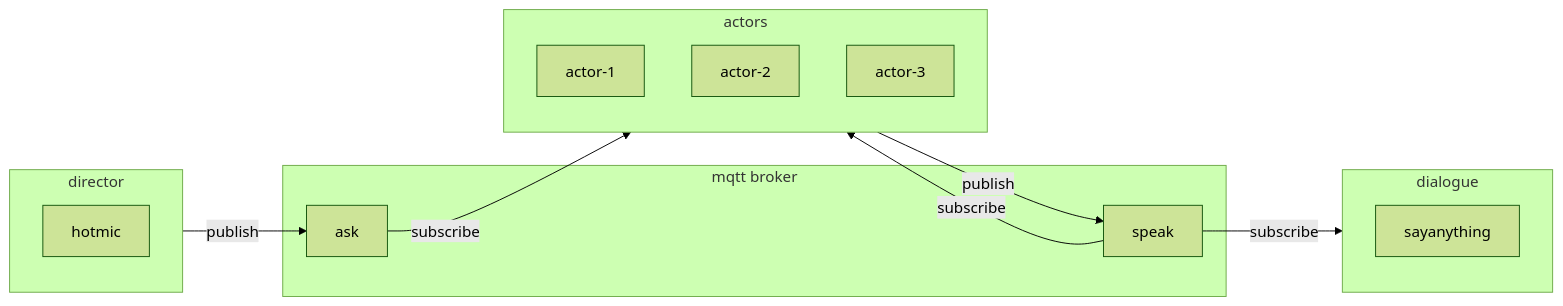
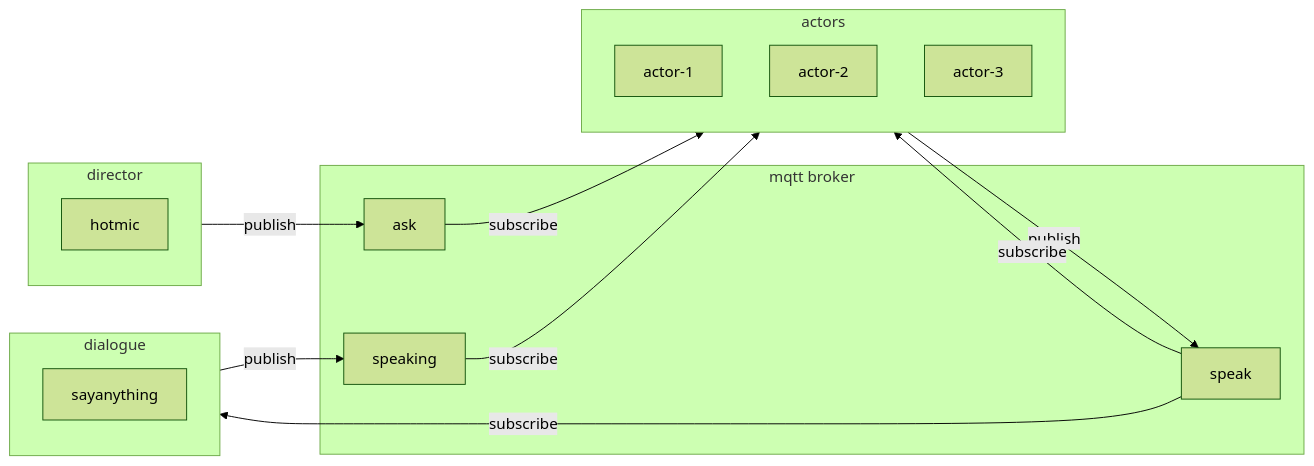
One commit to deadprogram/talkingheads changed the first of 6 diagrams in README.md. Above: the diagram before and after it, drawn with Mermaid (forest theme). The commit also changed other lines of this file and 14 other files, not shown here.

````diff
--- a/README.md
+++ b/README.md
@@ -11,23 +11,26 @@
 ```mermaid
 flowchart LR
 subgraph mqtt broker
     ask
     speak
+    speaking
 end
 subgraph actors
     actor-1
     actor-2
     actor-3
 end
 subgraph director
     hotmic
 end
 subgraph dialogue
     sayanything
 end
 director -- publish --> ask
 ask-- subscribe -->actors
 actors-- publish -->speak
 speak-- subscribe -->actors
 speak-- subscribe -->dialogue
+dialogue-- publish -->speaking
+speaking-- subscribe -->actors
 ```
````
